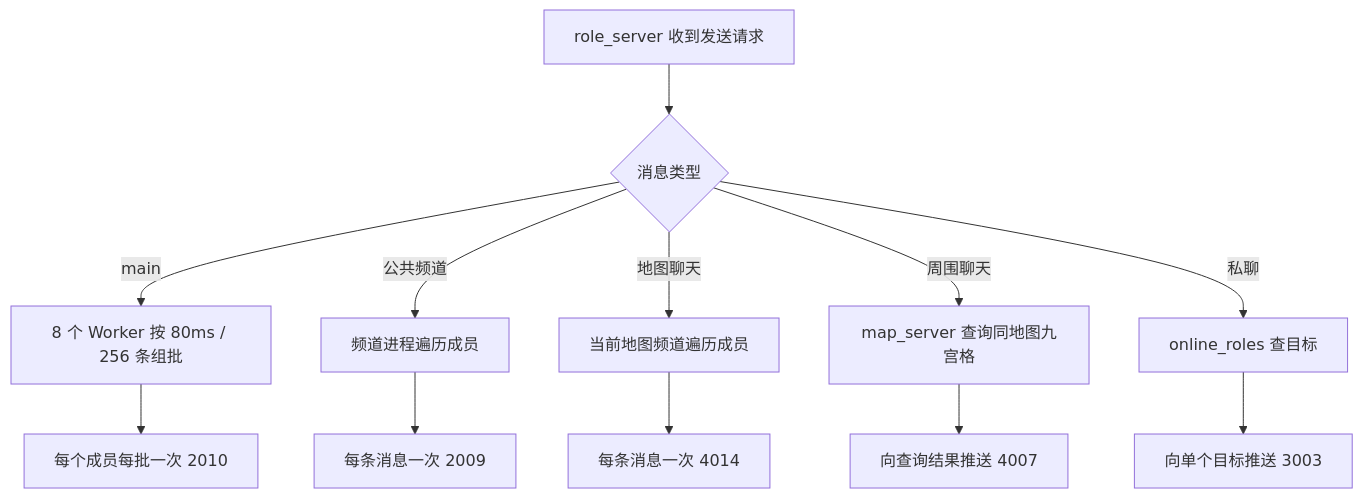
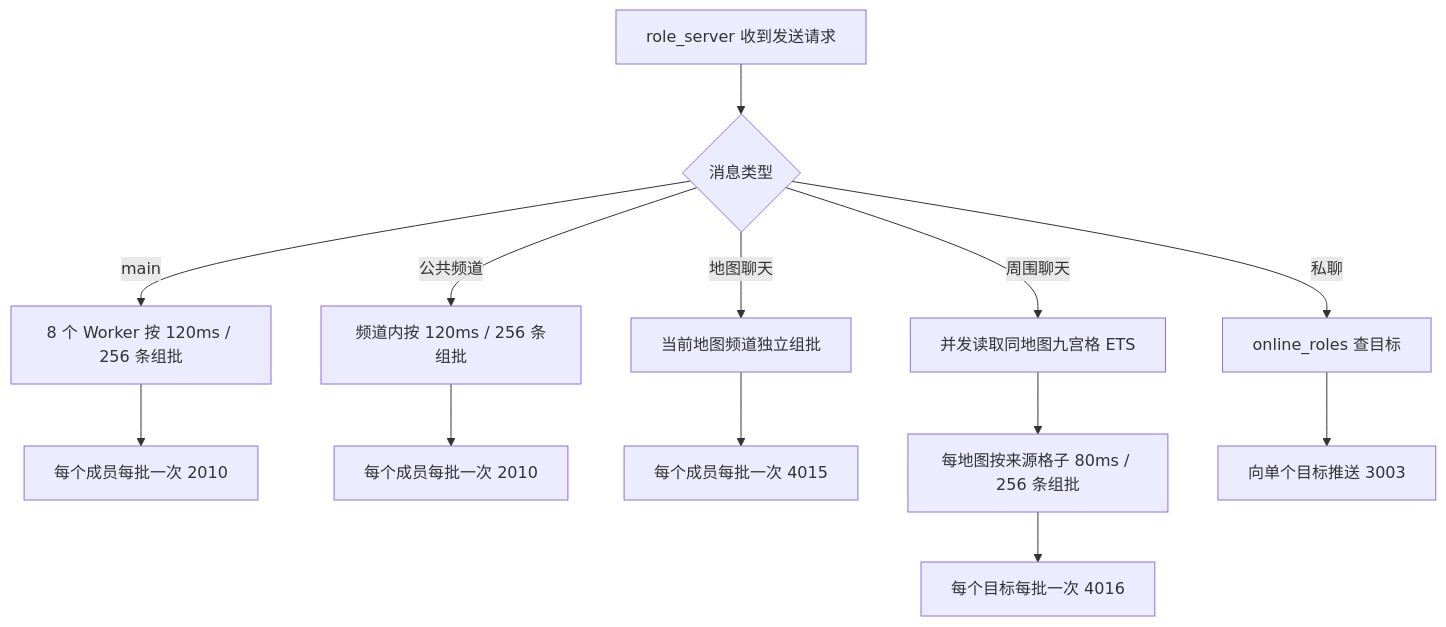
Before and after one commit to chrison18/erlang-game-chat-server: the fifth of 6 diagrams in docs/Chat V1.3 设计文档.md, drawn with Mermaid. The commit also changed other lines of this file and 19 other files, not shown here.

````diff
--- a/docs/Chat V1.3 设计文档.md
+++ b/docs/Chat V1.3 设计文档.md
@@ -145,14 +157,15 @@
 ```mermaid
 flowchart TD
     Send[role_server 收到发送请求] --> Kind{消息类型}
-    Kind -->|main| World[8 个 Worker 按 80ms / 256 条组批]
+    Kind -->|main| World[8 个 Worker 按 120ms / 256 条组批]
     World --> WorldPush[每个成员每批一次 2010]
-    Kind -->|公共频道| Public[频道进程遍历成员]
-    Public --> PublicPush[每条消息一次 2009]
-    Kind -->|地图聊天| MapChannel[当前地图频道遍历成员]
-    MapChannel --> MapPush[每条消息一次 4014]
-    Kind -->|周围聊天| Nearby[map_server 查询同地图九宫格]
-    Nearby --> NearbyPush[向查询结果推送 4007]
+    Kind -->|公共频道| Public[频道内按 120ms / 256 条组批]
+    Public --> PublicPush[每个成员每批一次 2010]
+    Kind -->|地图聊天| MapChannel[当前地图频道独立组批]
+    MapChannel --> MapPush[每个成员每批一次 4015]
+    Kind -->|周围聊天| Nearby[并发读取同地图九宫格 ETS]
+    Nearby --> NearbyWorker[每地图按来源格子 80ms / 256 条组批]
+    NearbyWorker --> NearbyPush[每个目标每批一次 4016]
     Kind -->|私聊| Private[online_roles 查目标]
     Private --> PrivatePush[向单个目标推送 3003]
 ```
````
